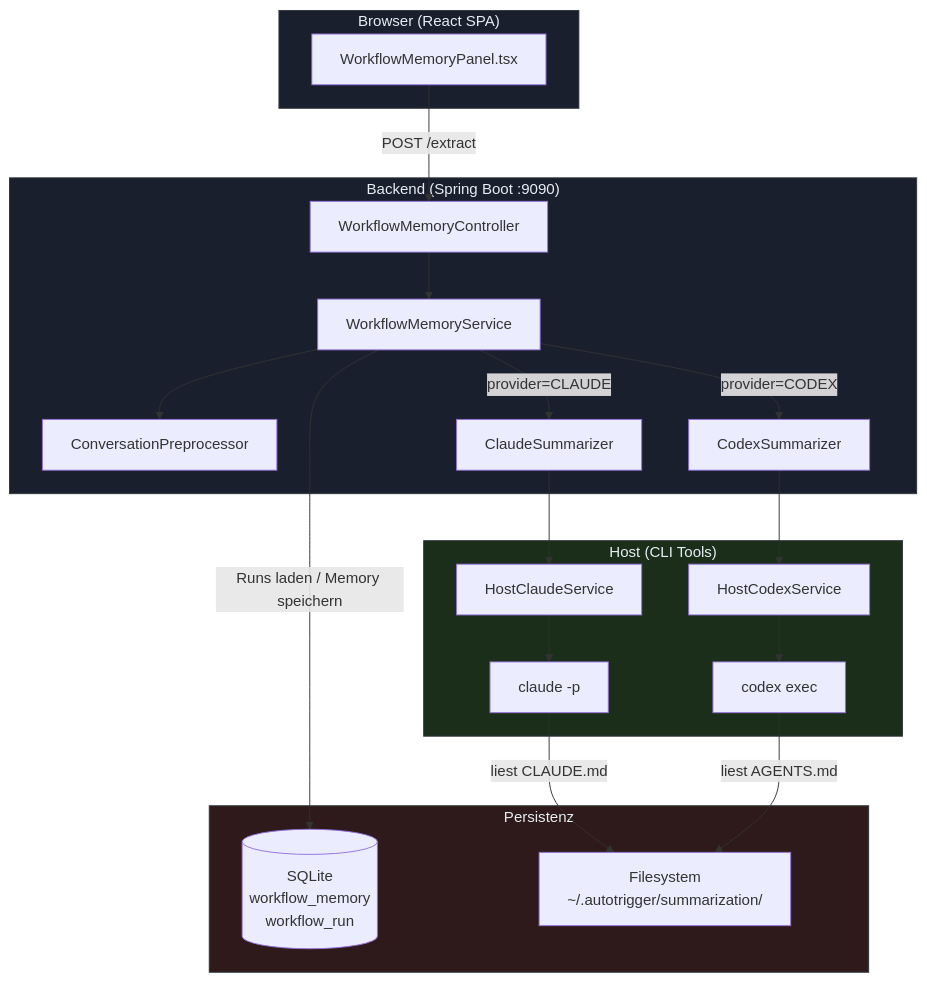
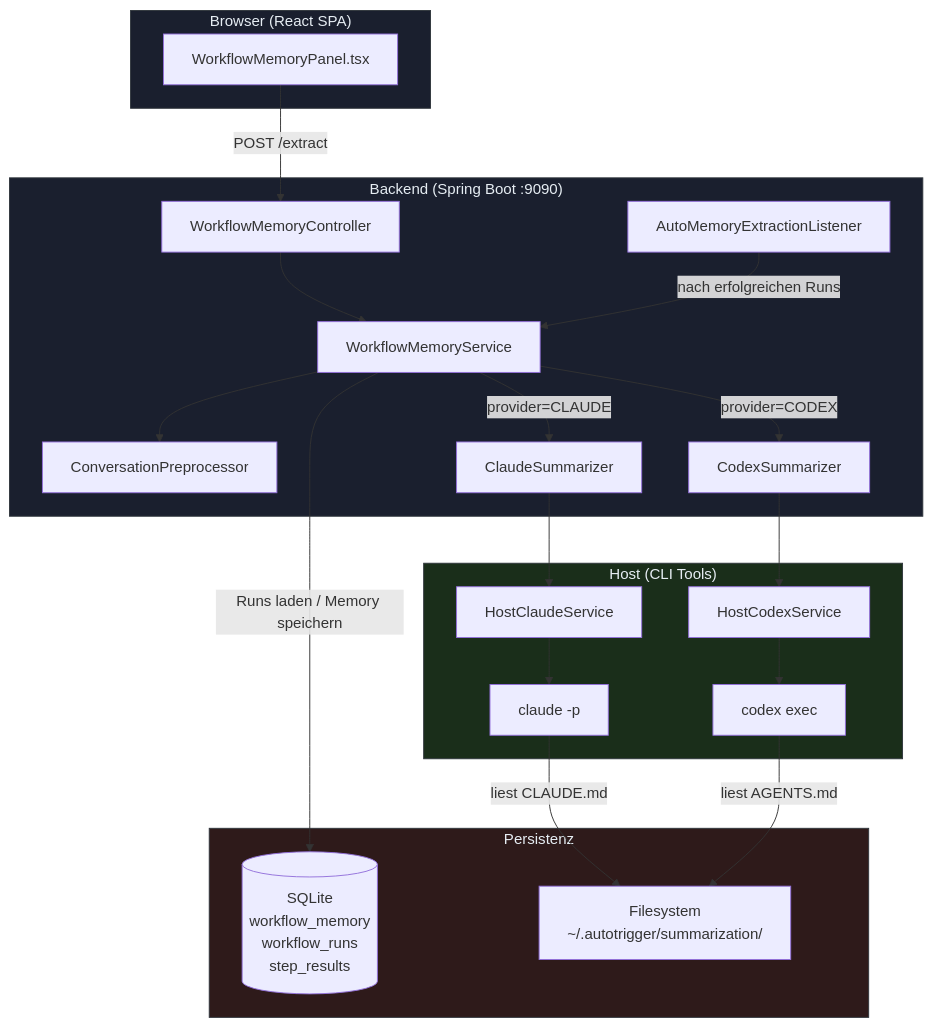
Before and after one commit to FLSEST/MySuricates: the first of 7 diagrams in docs/workflow-memory-diagrams.md, drawn with Mermaid. The commit also changed other lines of this file and 4 other files, not shown here.

First line of the commit message:
docs(diagramme): Memory page describes the current state instead of an old refactoring

````diff
--- a/docs/workflow-memory-diagrams.md
+++ b/docs/workflow-memory-diagrams.md
@@ -9,44 +9,46 @@
 ```mermaid
 graph TB
     subgraph Browser["Browser (React SPA)"]
         WMP["WorkflowMemoryPanel.tsx"]
     end
 
     subgraph Backend["Backend (Spring Boot :9090)"]
         CTRL["WorkflowMemoryController"]
+        AML["AutoMemoryExtractionListener"]
         SVC["WorkflowMemoryService"]
         PREP["ConversationPreprocessor"]
         CS["ClaudeSummarizer"]
         CXS["CodexSummarizer"]
     end
 
     subgraph Host["Host (CLI Tools)"]
         HCLAUDE["HostClaudeService"]
         HCODEX["HostCodexService"]
         CLAUDE_CLI["claude -p"]
         CODEX_CLI["codex exec"]
     end
 
     subgraph Storage["Persistenz"]
-        DB[("SQLite<br/>workflow_memory<br/>workflow_run")]
+        DB[("SQLite<br/>workflow_memory<br/>workflow_runs<br/>step_results")]
         FS["Filesystem<br/>~/.autotrigger/summarization/"]
     end
 
     WMP -->|"POST /extract"| CTRL
     CTRL --> SVC
+    AML -->|"nach erfolgreichen Runs"| SVC
     SVC --> PREP
     SVC -->|"provider=CLAUDE"| CS
     SVC -->|"provider=CODEX"| CXS
     CS --> HCLAUDE
     CXS --> HCODEX
     HCLAUDE --> CLAUDE_CLI
     HCODEX --> CODEX_CLI
     SVC -->|"Runs laden / Memory speichern"| DB
     CLAUDE_CLI -->|"liest CLAUDE.md"| FS
     CODEX_CLI -->|"liest AGENTS.md"| FS
 
     style Browser fill:#1a1f2e,stroke:#30363d,color:#e6edf3
     style Backend fill:#1a1f2e,stroke:#30363d,color:#e6edf3
     style Host fill:#1a2e1a,stroke:#30363d,color:#e6edf3
     style Storage fill:#2e1a1a,stroke:#30363d,color:#e6edf3
 ```
````
